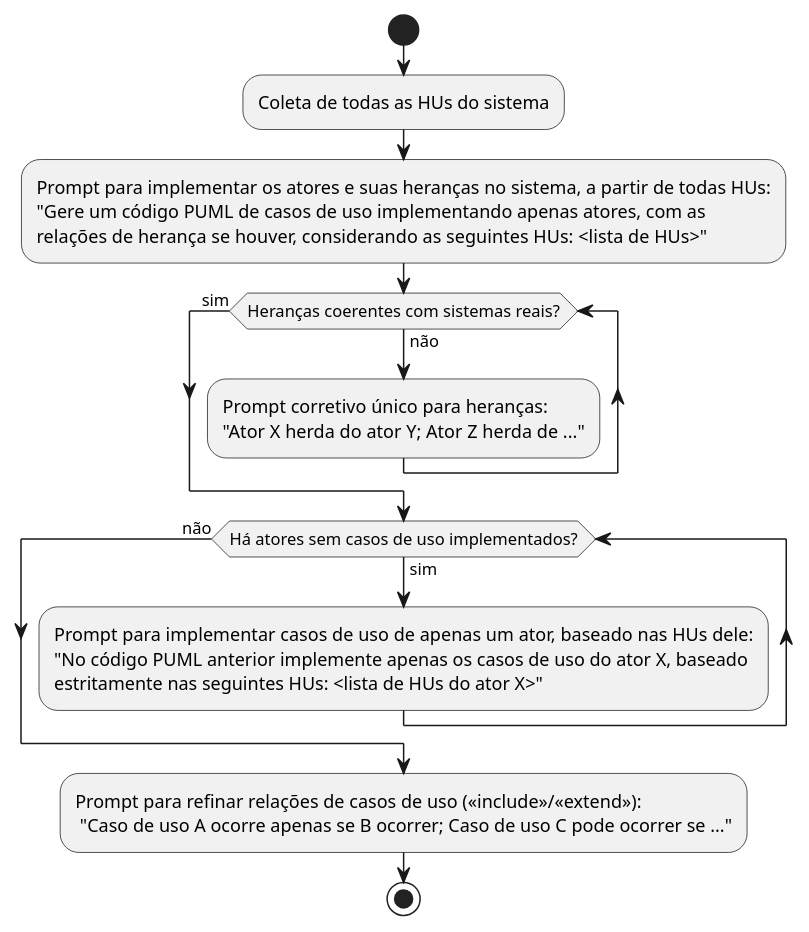
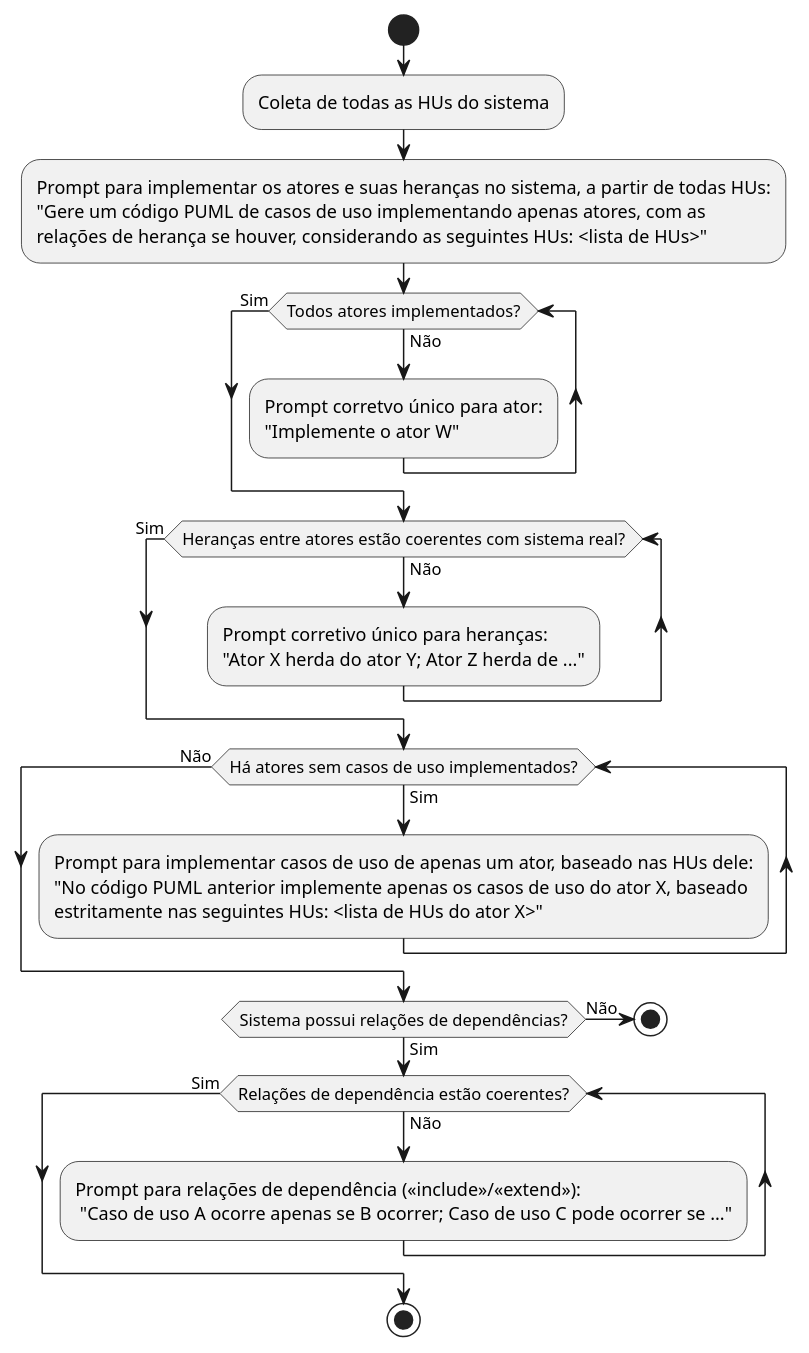
The diagram in EtapasMetodologia/diagAtividades-etapa3-casoUso.puml (carloshenriquehannas/TCC), drawn with PlantUML before and after one commit. The commit also changed 7 other files, not shown here.

Commit message:
Verificacoes nos diagramas

```diff
--- a/EtapasMetodologia/diagAtividades-etapa3-casoUso.puml
+++ b/EtapasMetodologia/diagAtividades-etapa3-casoUso.puml
@@ -1,24 +1,35 @@
-@startuml
+@startuml diagAtividades-etapa3-casoUso
+
 skinparam linetype ortho
 skinparam shadowing false
 skinparam monochrome true
 
 start
 
 :Coleta de todas as HUs do sistema;
 :Prompt para implementar os atores e suas heranças no sistema, a partir de todas HUs:\n"Gere um código PUML de casos de uso implementando apenas atores, com as\nrelações de herança se houver, considerando as seguintes HUs: <lista de HUs>";
 
+while (Todos atores implementados?) is (Não)
+  :Prompt corretvo único para ator:\n"Implemente o ator W";
+endwhile (Sim)
+
 ' Loop: coerência das heranças
-while (Heranças coerentes com sistemas reais?) is (não)
+while (Heranças entre atores estão coerentes com sistema real?) is (Não)
   :Prompt corretivo único para heranças:\n"Ator X herda do ator Y; Ator Z herda de ...";
-endwhile (sim)
+endwhile (Sim)
 
 ' Implementação dos casos de uso por ator
-while (Há atores sem casos de uso implementados?) is (sim)
+while (Há atores sem casos de uso implementados?) is (Sim)
   :Prompt para implementar casos de uso de apenas um ator, baseado nas HUs dele:\n"No código PUML anterior implemente apenas os casos de uso do ator X, baseado\nestritamente nas seguintes HUs: <lista de HUs do ator X>";
-endwhile (não)
+endwhile (Não)
 
-:Prompt para refinar relações de casos de uso («include»/«extend»):\n "Caso de uso A ocorre apenas se B ocorrer; Caso de uso C pode ocorrer se ...";
+if (Sistema possui relações de dependências?) then (Sim)
+  
+  while(Relações de dependência estão coerentes?) is (Não)
+    :Prompt para relações de dependência («include»/«extend»):\n "Caso de uso A ocorre apenas se B ocorrer; Caso de uso C pode ocorrer se ...";
+  endwhile (Sim)
+  stop
+else (Não)
+  stop
 
-stop
 @enduml
```
